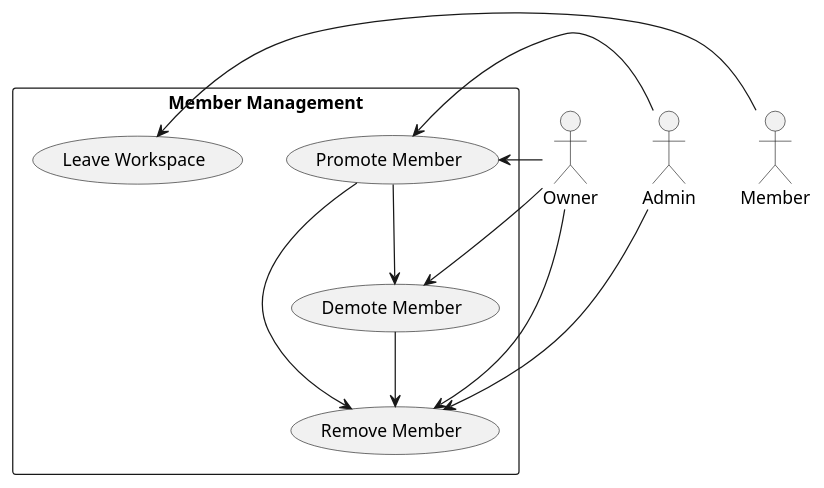
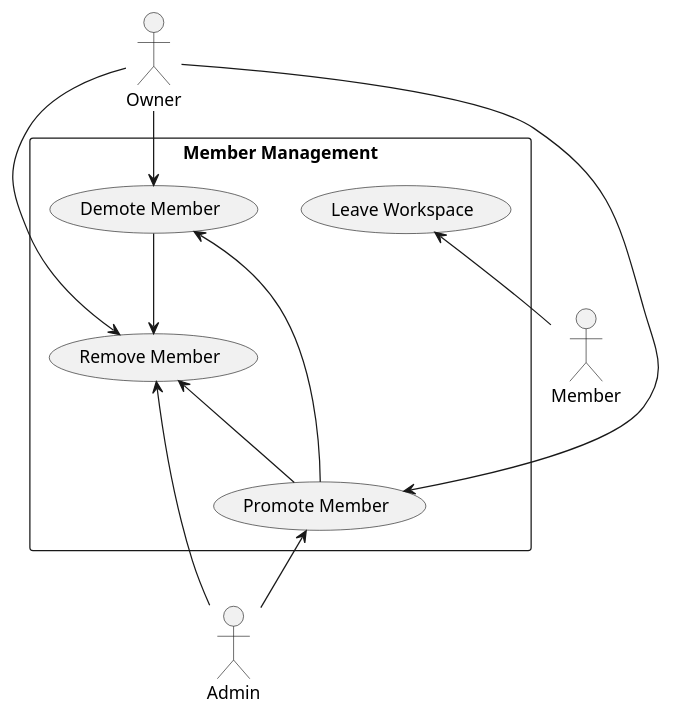
The diagram in docs/usecase_diagram/member.puml (davidimannuel/uwika_task_tracker), drawn with PlantUML before and after one commit. The commit also changed 12 other files, not shown here.

```diff
--- a/docs/usecase_diagram/member.puml
+++ b/docs/usecase_diagram/member.puml
@@ -1,20 +1,20 @@
 @startuml workspace_member
 
 actor "Owner" as Owner
 actor "Admin" as Admin
 actor "Member" as Member
 
 rectangle "Member Management" {
-  Owner -right-> (Promote Member)
-  Owner -right-> (Demote Member)
-  Owner -right-> (Remove Member)
-  Admin -right-> (Promote Member)
-  Admin -right-> (Remove Member)
-  Member -right-> (Leave Workspace)
+  Owner -down-> (Promote Member)
+  Owner -down-> (Demote Member)
+  Owner -down-> (Remove Member)
+  Admin -up-> (Promote Member)
+  Admin -up-> (Remove Member)
+  Member -up-> (Leave Workspace)
   
-  (Promote Member) --> (Demote Member)
-  (Promote Member) --> (Remove Member)
-  (Demote Member) --> (Remove Member)
+  (Promote Member) -up-> (Demote Member)
+  (Promote Member) -up-> (Remove Member)
+  (Demote Member) -down-> (Remove Member)
 }
 
 @enduml 
```
